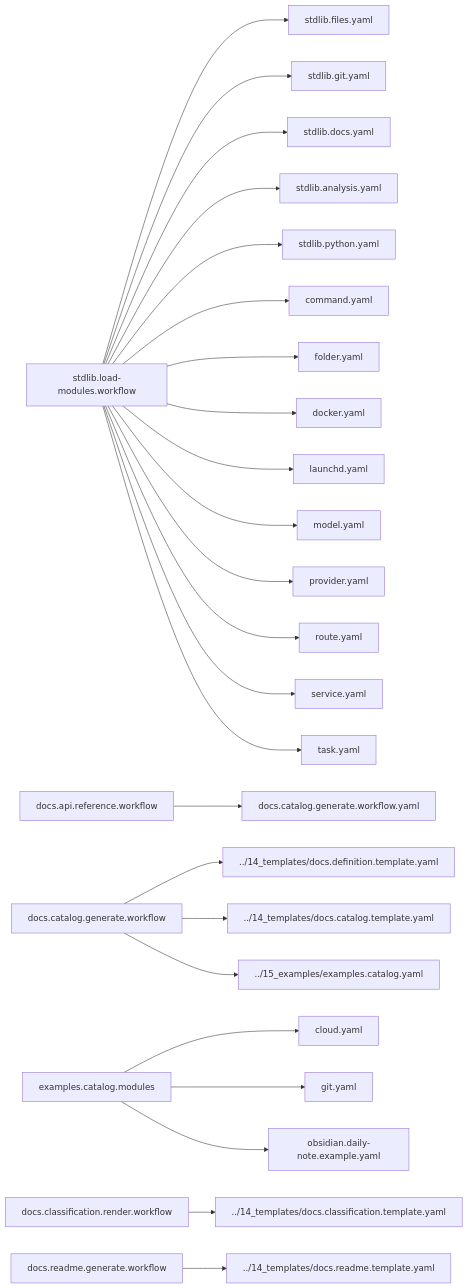
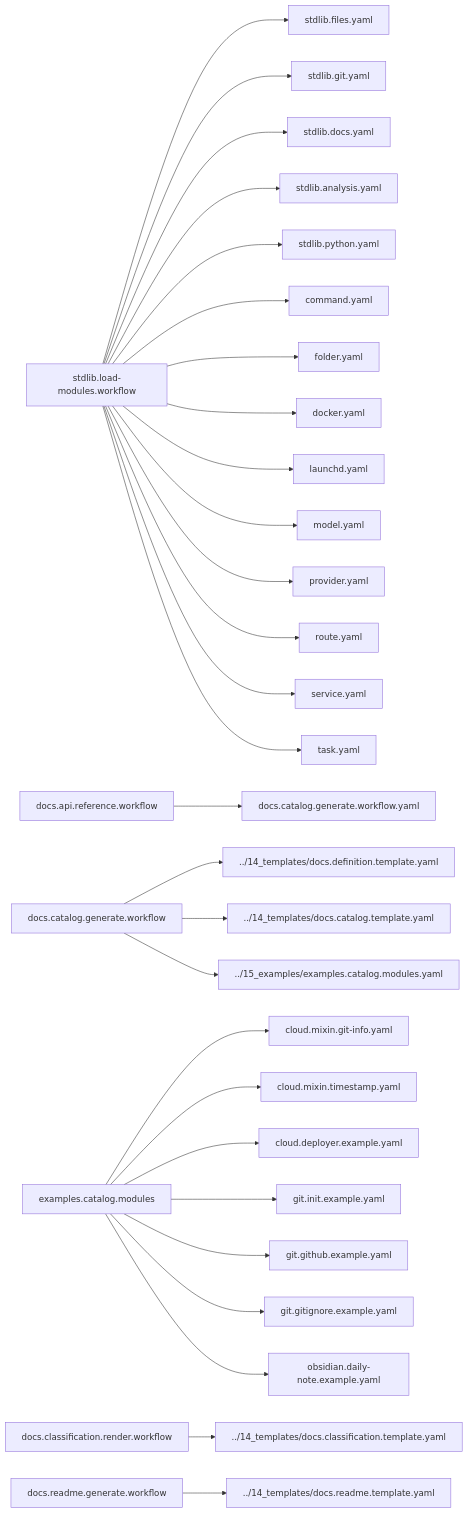
The second of 2 diagrams in 18_docs/index.md (kieferwaight/LocalFabric), drawn with Mermaid before and after one commit. The commit also changed other lines of this file and 19 other files, not shown here.

````diff
--- a/18_docs/index.md
+++ b/18_docs/index.md
@@ -967,26 +967,30 @@
 ```mermaid
 flowchart LR
 def_stdlib_load_modules_workflow["stdlib.load-modules.workflow"] --> def_stdlib_load_modules_workflow_module_1["stdlib.files.yaml"]
 def_stdlib_load_modules_workflow["stdlib.load-modules.workflow"] --> def_stdlib_load_modules_workflow_module_2["stdlib.git.yaml"]
 def_stdlib_load_modules_workflow["stdlib.load-modules.workflow"] --> def_stdlib_load_modules_workflow_module_3["stdlib.docs.yaml"]
 def_stdlib_load_modules_workflow["stdlib.load-modules.workflow"] --> def_stdlib_load_modules_workflow_module_4["stdlib.analysis.yaml"]
 def_stdlib_load_modules_workflow["stdlib.load-modules.workflow"] --> def_stdlib_load_modules_workflow_module_5["stdlib.python.yaml"]
 def_stdlib_load_modules_workflow["stdlib.load-modules.workflow"] --> def_stdlib_load_modules_workflow_module_6["command.yaml"]
 def_stdlib_load_modules_workflow["stdlib.load-modules.workflow"] --> def_stdlib_load_modules_workflow_module_7["folder.yaml"]
 def_stdlib_load_modules_workflow["stdlib.load-modules.workflow"] --> def_stdlib_load_modules_workflow_module_8["docker.yaml"]
 def_stdlib_load_modules_workflow["stdlib.load-modules.workflow"] --> def_stdlib_load_modules_workflow_module_9["launchd.yaml"]
 def_stdlib_load_modules_workflow["stdlib.load-modules.workflow"] --> def_stdlib_load_modules_workflow_module_10["model.yaml"]
 def_stdlib_load_modules_workflow["stdlib.load-modules.workflow"] --> def_stdlib_load_modules_workflow_module_11["provider.yaml"]
 def_stdlib_load_modules_workflow["stdlib.load-modules.workflow"] --> def_stdlib_load_modules_workflow_module_12["route.yaml"]
 def_stdlib_load_modules_workflow["stdlib.load-modules.workflow"] --> def_stdlib_load_modules_workflow_module_13["service.yaml"]
 def_stdlib_load_modules_workflow["stdlib.load-modules.workflow"] --> def_stdlib_load_modules_workflow_module_14["task.yaml"]
 def_docs_api_reference_workflow["docs.api.reference.workflow"] --> def_docs_api_reference_workflow_module_1["docs.catalog.generate.workflow.yaml"]
 def_docs_catalog_generate_workflow["docs.catalog.generate.workflow"] --> def_docs_catalog_generate_workflow_module_1["../14_templates/docs.definition.template.yaml"]
 def_docs_catalog_generate_workflow["docs.catalog.generate.workflow"] --> def_docs_catalog_generate_workflow_module_2["../14_templates/docs.catalog.template.yaml"]
-def_docs_catalog_generate_workflow["docs.catalog.generate.workflow"] --> def_docs_catalog_generate_workflow_module_3["../15_examples/examples.catalog.yaml"]
-def_examples_catalog_modules["examples.catalog.modules"] --> def_examples_catalog_modules_module_1["cloud.yaml"]
-def_examples_catalog_modules["examples.catalog.modules"] --> def_examples_catalog_modules_module_2["git.yaml"]
-def_examples_catalog_modules["examples.catalog.modules"] --> def_examples_catalog_modules_module_3["obsidian.daily-note.example.yaml"]
+def_docs_catalog_generate_workflow["docs.catalog.generate.workflow"] --> def_docs_catalog_generate_workflow_module_3["../15_examples/examples.catalog.modules.yaml"]
+def_examples_catalog_modules["examples.catalog.modules"] --> def_examples_catalog_modules_module_1["cloud.mixin.git-info.yaml"]
+def_examples_catalog_modules["examples.catalog.modules"] --> def_examples_catalog_modules_module_2["cloud.mixin.timestamp.yaml"]
+def_examples_catalog_modules["examples.catalog.modules"] --> def_examples_catalog_modules_module_3["cloud.deployer.example.yaml"]
+def_examples_catalog_modules["examples.catalog.modules"] --> def_examples_catalog_modules_module_4["git.init.example.yaml"]
+def_examples_catalog_modules["examples.catalog.modules"] --> def_examples_catalog_modules_module_5["git.github.example.yaml"]
+def_examples_catalog_modules["examples.catalog.modules"] --> def_examples_catalog_modules_module_6["git.gitignore.example.yaml"]
+def_examples_catalog_modules["examples.catalog.modules"] --> def_examples_catalog_modules_module_7["obsidian.daily-note.example.yaml"]
 def_docs_classification_render_workflow["docs.classification.render.workflow"] --> def_docs_classification_render_workflow_module_1["../14_templates/docs.classification.template.yaml"]
 def_docs_readme_generate_workflow["docs.readme.generate.workflow"] --> def_docs_readme_generate_workflow_module_1["../14_templates/docs.readme.template.yaml"]
 ```
````
